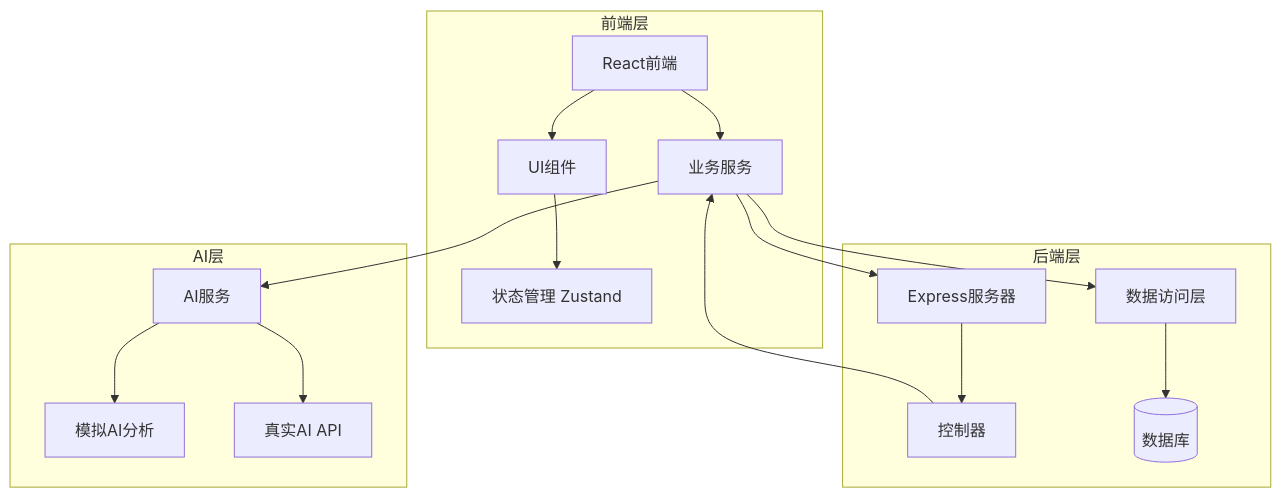
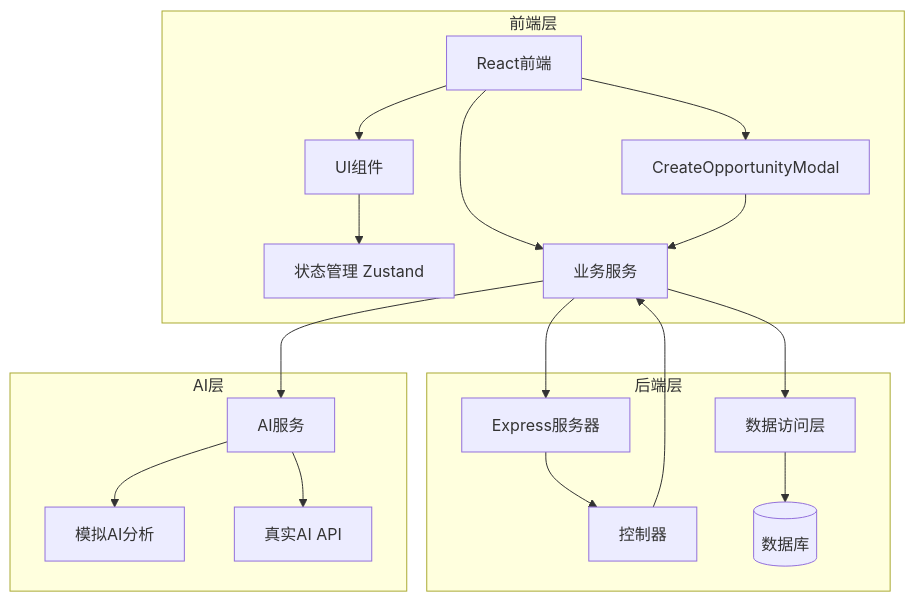
The first of 9 diagrams in .qoder/repowiki/zh/content/Customer Detail Page.md (xianjianshenqu/SalesFlow-CRM), drawn with Mermaid before and after one commit. The commit also changed other lines of this file and 28 other files, not shown here.

````diff
--- a/.qoder/repowiki/zh/content/Customer Detail Page.md
+++ b/.qoder/repowiki/zh/content/Customer Detail Page.md
@@ -38,32 +49,35 @@
 ```mermaid
 graph TB
 subgraph "前端层"
 FE[React前端]
 Store[状态管理 Zustand]
 Components[UI组件]
 Services[API服务]
+Modal[CreateOpportunityModal]
 end
 subgraph "后端层"
 BE[Express服务器]
 Controllers[控制器]
 Services[业务服务]
 Repositories[数据访问层]
 Database[(数据库)]
 end
 subgraph "AI层"
 AIService[AI服务]
 MockAI[模拟AI分析]
 RealAI[真实AI API]
 end
 FE --> Services
 Services --> BE
 BE --> Controllers
 Controllers --> Services
 Services --> Repositories
 Repositories --> Database
 FE --> Components
 Components --> Store
+FE --> Modal
+Modal --> Services
 Services --> AIService
 AIService --> MockAI
 AIService --> RealAI
 ```
````
